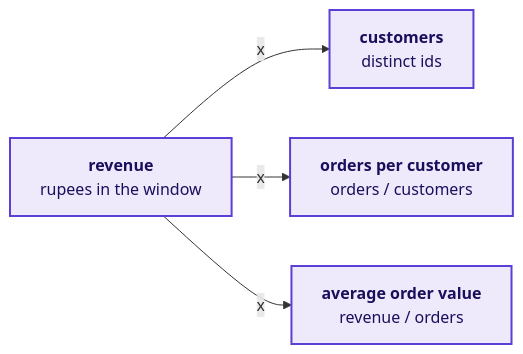
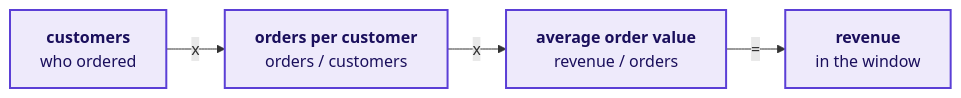
One commit to fde-academy-lab/c2-content-factory changed diagram 14 of 31 in content/W01/D1/slides/C2_W01_D01_half1_STUDENT.md. Above: the diagram before and after it, drawn with Mermaid. The commit also changed other lines of this file and 22 other files, not shown here.

````diff
--- a/content/W01/D1/slides/C2_W01_D01_half1_STUDENT.md
+++ b/content/W01/D1/slides/C2_W01_D01_half1_STUDENT.md
@@ -546,8 +782,8 @@
 ```mermaid
 flowchart LR
-    R["<b>revenue</b><br/>rupees in the window"] -->|"x"| C["<b>customers</b><br/>distinct ids"]
-    R -->|"x"| F["<b>orders per customer</b><br/>orders / customers"]
-    R -->|"x"| A["<b>average order value</b><br/>revenue / orders"]
+    C["<b>customers</b><br/>who ordered"] -->|"x"| F["<b>orders per customer</b><br/>orders / customers"]
+    F -->|"x"| A["<b>average order value</b><br/>revenue / orders"]
+    A -->|"="| R["<b>revenue</b><br/>in the window"]
     classDef known fill:#EEEAFB,stroke:#5B3FD6,color:#1A0F5C,stroke-width:2px
-    class R,C,F,A known
+    class C,F,A,R known
 ```
````
